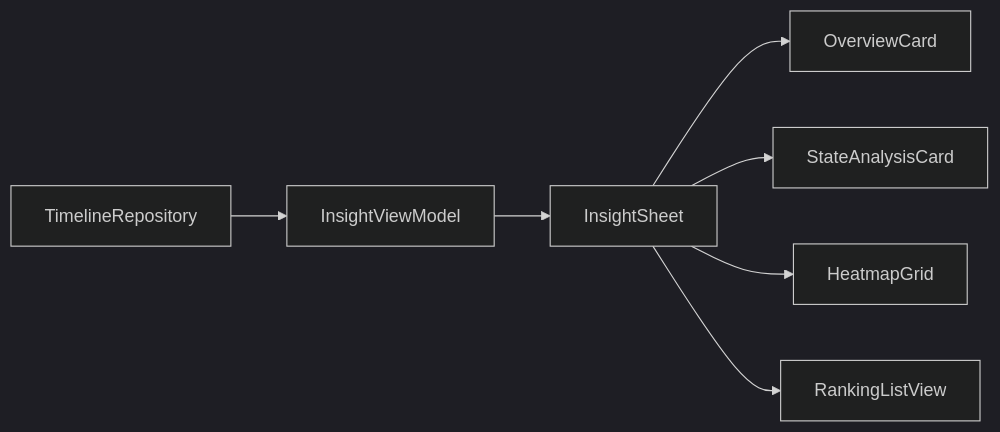
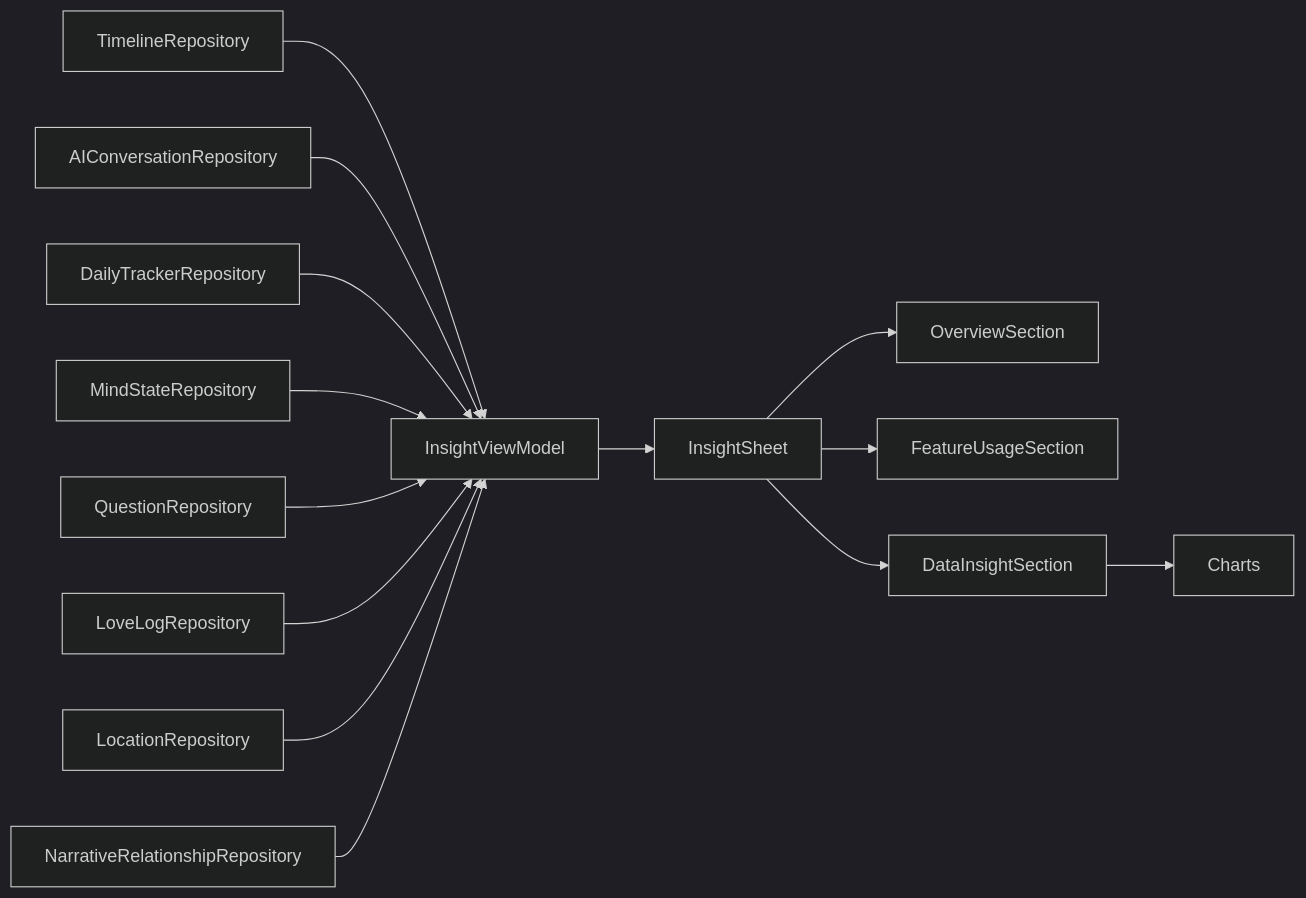
Before and after one commit to Hanyan179/zhijing: the second of 2 diagrams in Docs/features/insight.md, drawn with Mermaid (dark theme). The commit also changed other lines of this file and 101 other files, not shown here.

````diff
--- a/Docs/features/insight.md
+++ b/Docs/features/insight.md
@@ -132,9 +186,17 @@
 ```mermaid
 flowchart LR
-    A[TimelineRepository] --> B[InsightViewModel]
-    B --> C[InsightSheet]
-    C --> D[OverviewCard]
-    C --> E[StateAnalysisCard]
-    C --> F[HeatmapGrid]
-    C --> G[RankingListView]
+    A[TimelineRepository] --> G[InsightViewModel]
+    B[AIConversationRepository] --> G
+    C[DailyTrackerRepository] --> G
+    D[MindStateRepository] --> G
+    E[QuestionRepository] --> G
+    F[LoveLogRepository] --> G
+    H[LocationRepository] --> G
+    I[NarrativeRelationshipRepository] --> G
+    
+    G --> J[InsightSheet]
+    J --> K[OverviewSection]
+    J --> L[FeatureUsageSection]
+    J --> M[DataInsightSection]
+    M --> N[Charts]
 ```
````
